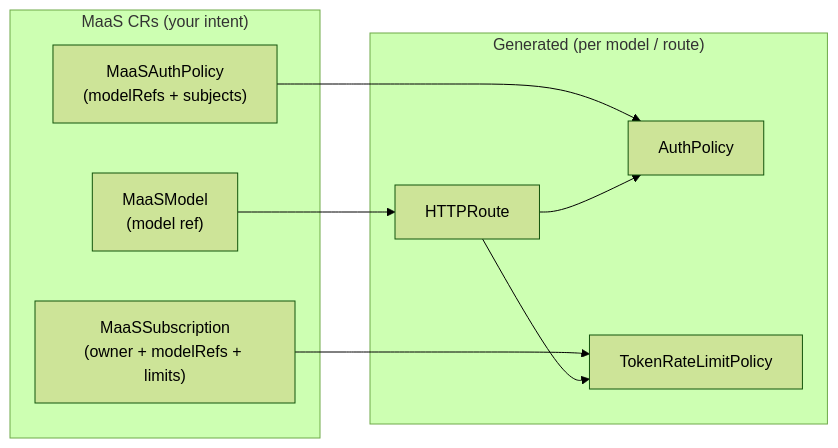
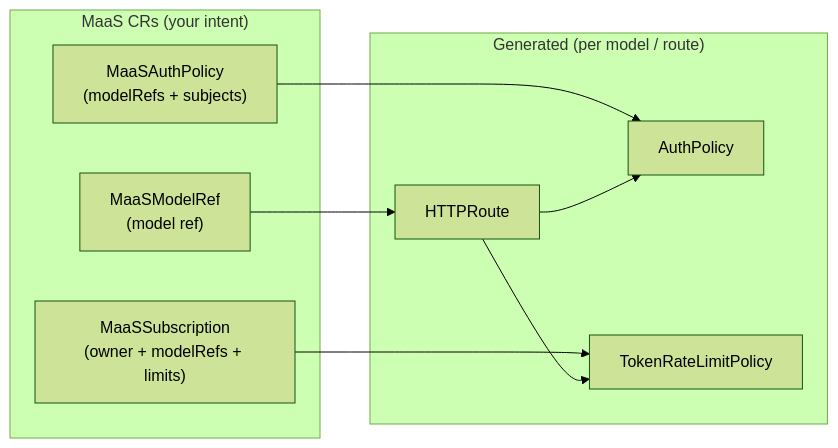
One commit to opendatahub-io/models-as-a-service changed the third of 6 diagrams in docs/content/configuration-and-management/maas-controller-overview.md. Above: the diagram before and after it, drawn with Mermaid (forest theme). The commit also changed other lines of this file and 44 other files, not shown here.

First line of the commit message:
Rename MaaSModel CRD to MaaSModelRef

````diff
--- a/docs/content/configuration-and-management/maas-controller-overview.md
+++ b/docs/content/configuration-and-management/maas-controller-overview.md
@@ -111,20 +111,20 @@
 ```mermaid
 flowchart LR
     subgraph MaaS["MaaS CRs (your intent)"]
-        MM["MaaSModel\n(model ref)"]
+        MM["MaaSModelRef\n(model ref)"]
         MAP["MaaSAuthPolicy\n(modelRefs + subjects)"]
         MS["MaaSSubscription\n(owner + modelRefs + limits)"]
     end
 
     subgraph Generated["Generated (per model / route)"]
         HR["HTTPRoute"]
         AP["AuthPolicy"]
         TRL["TokenRateLimitPolicy"]
     end
 
     MM --> HR
     MAP --> AP
     MS --> TRL
     HR --> AP
     HR --> TRL
 ```
````
